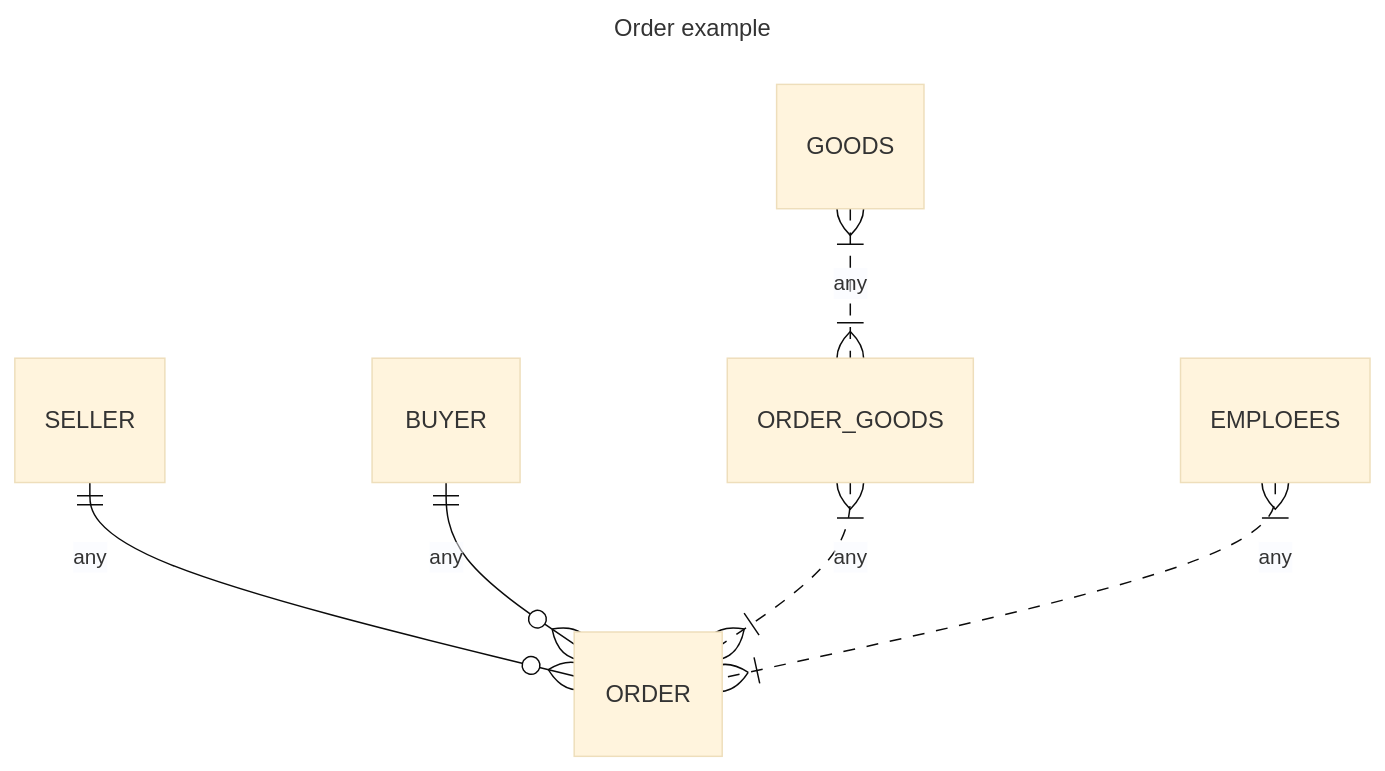
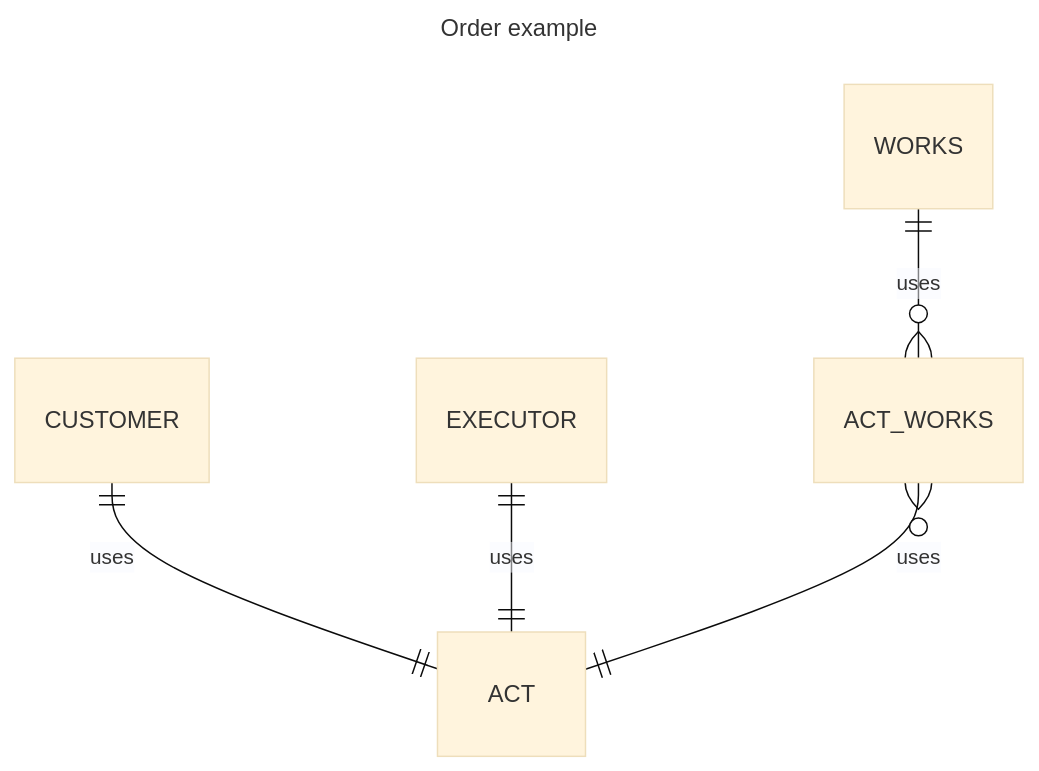
The diagram in README.md (CasCadeVR/Works), drawn with Mermaid (base theme) before and after one commit. The commit also changed other lines of this file and 27 other files, not shown here.

````diff
--- a/README.md
+++ b/README.md
@@ -6,11 +6,10 @@
 ```mermaid
 ---
 title: Order example
 ---
 erDiagram
-    SELLER ||--o{ ORDER: any
-    BUYER ||--o{ ORDER: any
-    GOODS }|..|{ ORDER_GOODS: any
-    ORDER_GOODS }|..|{ ORDER: any
-    EMPLOEES }|..|{ ORDER: any
+    CUSTOMER ||--|| ACT: uses
+    EXECUTOR ||--|| ACT: uses
+    WORKS ||--o{ ACT_WORKS: uses
+    ACT_WORKS }o--|| ACT: uses
 ```
````
